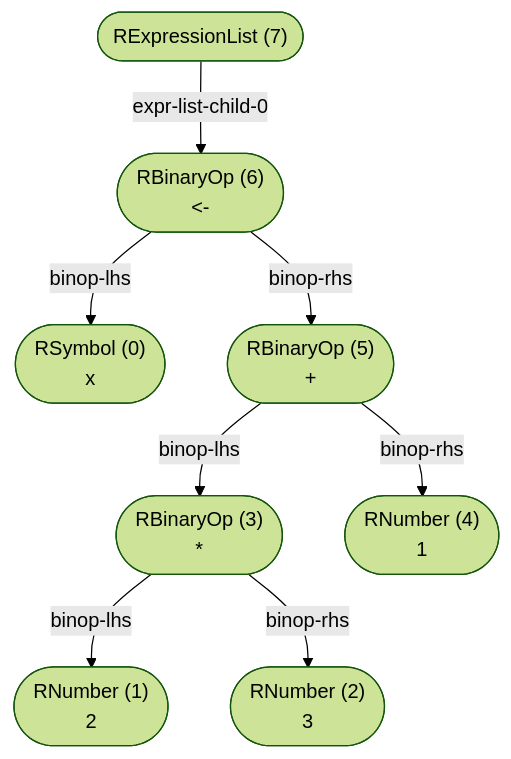
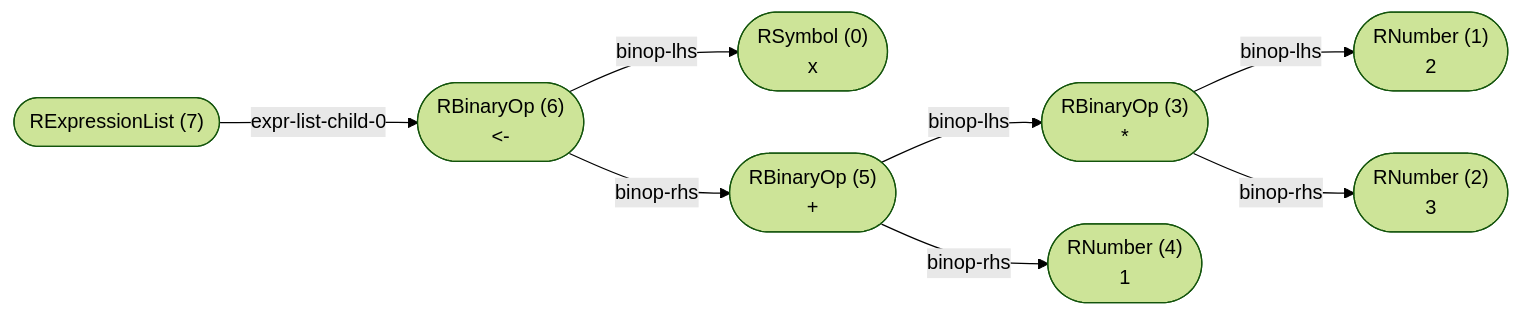
The first of 2 diagrams in wiki/Normalized AST.md (flowr-analysis/flowr), drawn with Mermaid (forest theme) before and after one commit. The commit also changed other lines of this file and 6 other files, not shown here.

````diff
--- a/wiki/Normalized AST.md
+++ b/wiki/Normalized AST.md
@@ -26,27 +26,27 @@
 ```mermaid
-flowchart TD
+flowchart LR
     n7(["RExpressionList (7)
  "])
     n6(["RBinaryOp (6)
 #60;#45;"])
     n7 -->|"expr-list-child-0"| n6
     n0(["RSymbol (0)
 x"])
     n6 -->|"binop-lhs"| n0
     n5(["RBinaryOp (5)
 #43;"])
     n6 -->|"binop-rhs"| n5
     n3(["RBinaryOp (3)
 #42;"])
     n5 -->|"binop-lhs"| n3
     n1(["RNumber (1)
 2"])
     n3 -->|"binop-lhs"| n1
     n2(["RNumber (2)
 3"])
     n3 -->|"binop-rhs"| n2
     n4(["RNumber (4)
 1"])
     n5 -->|"binop-rhs"| n4
 
 ```
````
